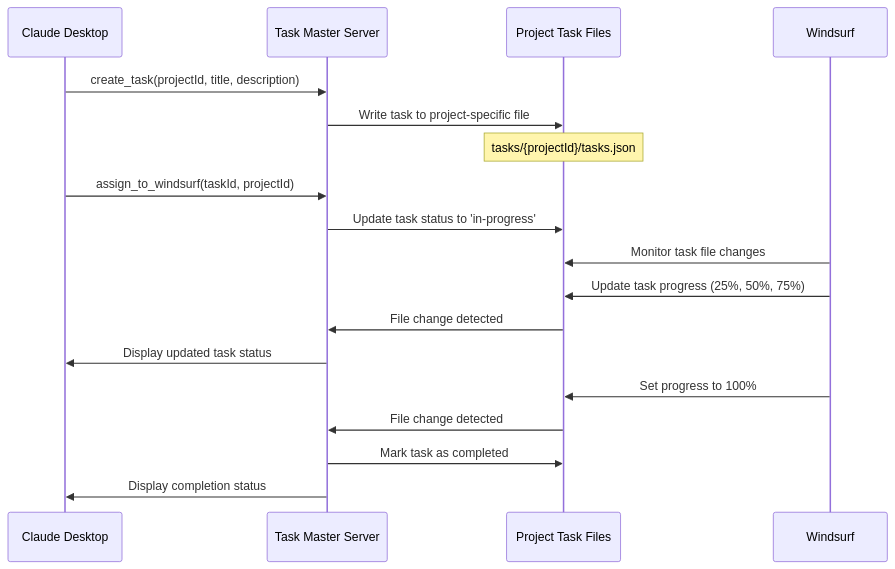
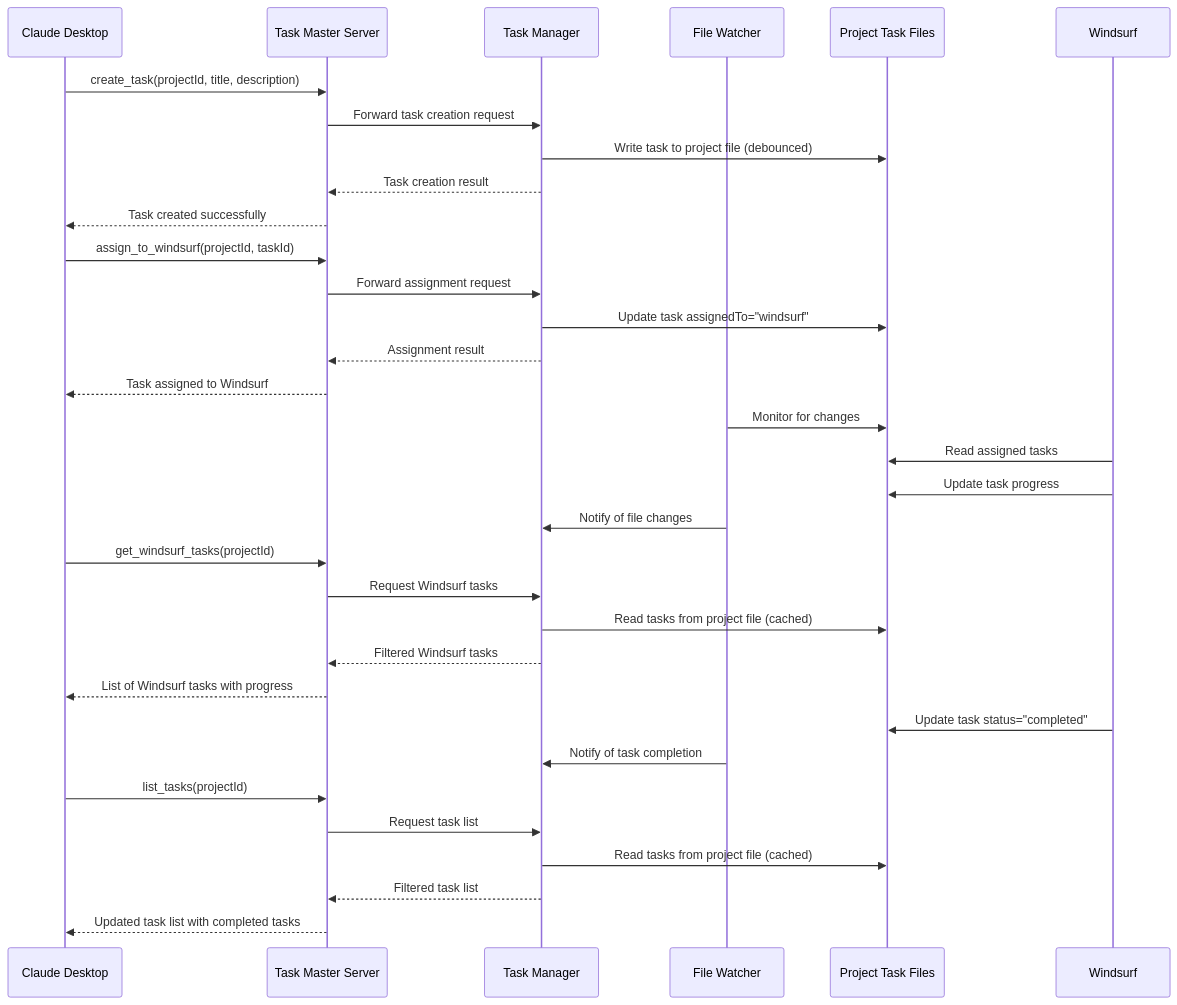
The third of 5 diagrams in README.md (htooayelwinict/windsurf-task-master), drawn with Mermaid before and after one commit. The commit also changed other lines of this file and 57 other files, not shown here.

````diff
--- a/README.md
+++ b/README.md
@@ -117,25 +211,45 @@
 ```mermaid
 sequenceDiagram
     participant Claude as Claude Desktop
     participant Server as Task Master Server
+    participant TM as Task Manager
+    participant FW as File Watcher
     participant Files as Project Task Files
     participant Windsurf as Windsurf
     
+    %% Task Creation Flow
     Claude->>Server: create_task(projectId, title, description)
-    Server->>Files: Write task to project-specific file
-    Note over Files: tasks/{projectId}/tasks.json
+    Server->>TM: Forward task creation request
+    TM->>Files: Write task to project file (debounced)
+    TM-->>Server: Task creation result
+    Server-->>Claude: Task created successfully
     
-    Claude->>Server: assign_to_windsurf(taskId, projectId)
-    Server->>Files: Update task status to 'in-progress'
+    %% Task Assignment Flow
+    Claude->>Server: assign_to_windsurf(projectId, taskId)
+    Server->>TM: Forward assignment request
+    TM->>Files: Update task assignedTo="windsurf"
+    TM-->>Server: Assignment result
+    Server-->>Claude: Task assigned to Windsurf
     
-    Windsurf->>Files: Monitor task file changes
-    Windsurf->>Files: Update task progress (25%, 50%, 75%)
+    %% File Watcher Monitoring
+    FW->>Files: Monitor for changes
+    Windsurf->>Files: Read assigned tasks
+    Windsurf->>Files: Update task progress
+    FW->>TM: Notify of file changes
     
-    Files->>Server: File change detected
-    Server->>Claude: Display updated task status
+    %% Progress Checking Flow
+    Claude->>Server: get_windsurf_tasks(projectId)
+    Server->>TM: Request Windsurf tasks
+    TM->>Files: Read tasks from project file (cached)
+    TM-->>Server: Filtered Windsurf tasks
+    Server-->>Claude: List of Windsurf tasks with progress
     
-    Windsurf->>Files: Set progress to 100%
-    Files->>Server: File change detected
-    Server->>Files: Mark task as completed
-    Server->>Claude: Display completion status
+    %% Task Completion Flow
+    Windsurf->>Files: Update task status="completed"
+    FW->>TM: Notify of task completion
+    Claude->>Server: list_tasks(projectId)
+    Server->>TM: Request task list
+    TM->>Files: Read tasks from project file (cached)
+    TM-->>Server: Filtered task list
+    Server-->>Claude: Updated task list with completed tasks
 ```
````
